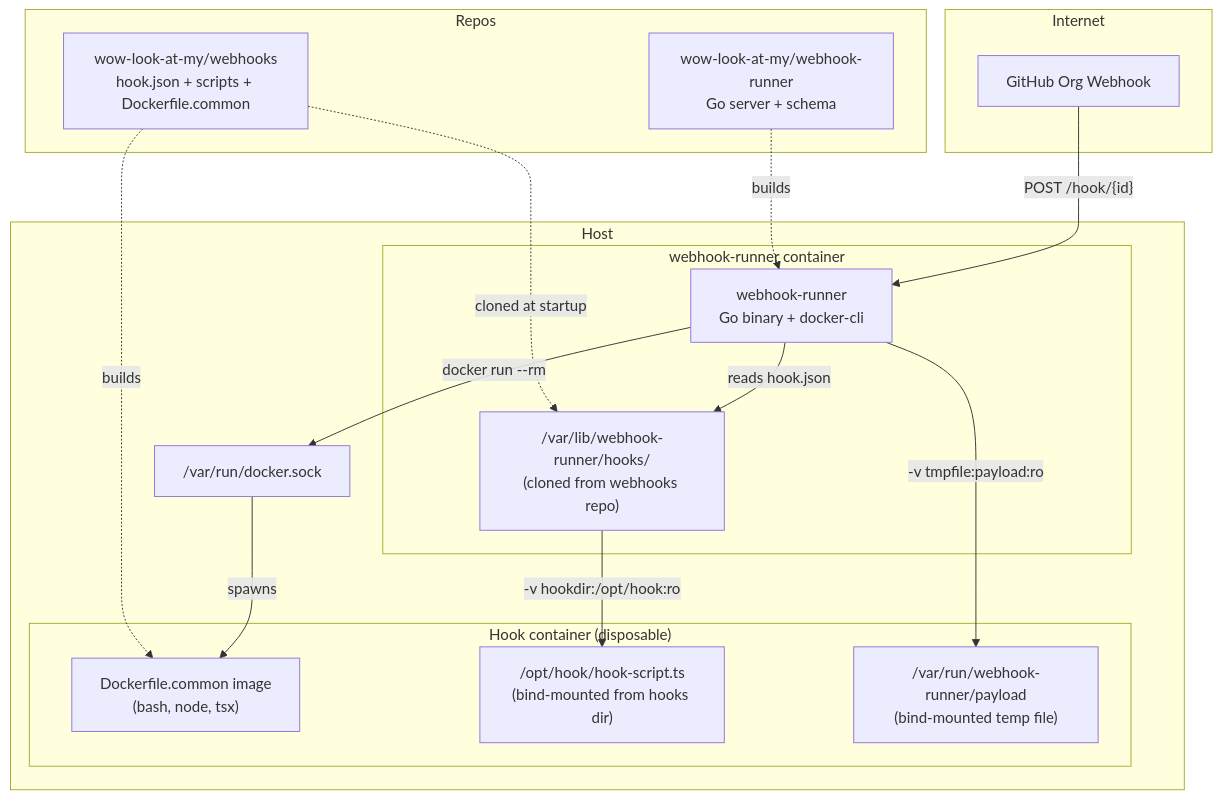
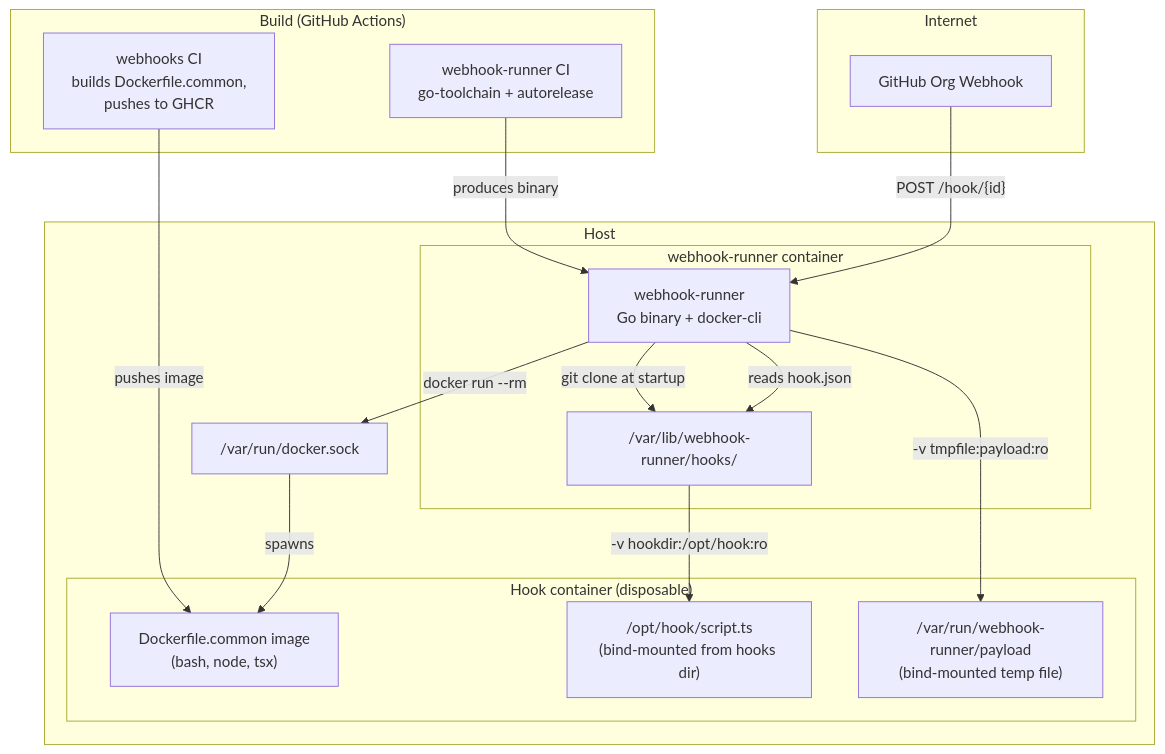
Before and after one commit to wow-look-at-my/webhook-runner: the diagram in README.md, drawn with Mermaid.

Commit message:
Make architecture diagram specific about what builds what
CI (GitHub Actions) builds the binary and the hook base image.
webhook-runner clones the hooks repo at startup. Repos are just
files on disk -- they don't build anything.

https://claude.ai/code/session_014qhYqMCUske6p3XTUPjv24

````diff
--- a/README.md
+++ b/README.md
@@ -10,37 +10,37 @@
 ```mermaid
 graph TB
     subgraph Internet
         GH[GitHub Org Webhook]
     end
 
     subgraph Host
         subgraph "webhook-runner container"
             WR[webhook-runner<br/>Go binary + docker-cli]
-            HOOKS["/var/lib/webhook-runner/hooks/<br/>(cloned from webhooks repo)"]
+            HOOKS["/var/lib/webhook-runner/hooks/"]
         end
 
         SOCK["/var/run/docker.sock"]
 
         subgraph "Hook container (disposable)"
             IMG["Dockerfile.common image<br/>(bash, node, tsx)"]
-            SCRIPT["/opt/hook/hook-script.ts<br/>(bind-mounted from hooks dir)"]
+            SCRIPT["/opt/hook/script.ts<br/>(bind-mounted from hooks dir)"]
             PAYLOAD["/var/run/webhook-runner/payload<br/>(bind-mounted temp file)"]
         end
     end
 
     GH -->|"POST /hook/{id}"| WR
-    WR -->|"reads hook.json"| HOOKS
+    WR -->|reads hook.json| HOOKS
     WR -->|"docker run --rm"| SOCK
     SOCK -->|spawns| IMG
     HOOKS -->|"-v hookdir:/opt/hook:ro"| SCRIPT
     WR -->|"-v tmpfile:payload:ro"| PAYLOAD
 
-    subgraph "Repos"
-        WR_REPO["wow-look-at-my/webhook-runner<br/>Go server + schema"]
-        HOOKS_REPO["wow-look-at-my/webhooks<br/>hook.json + scripts + Dockerfile.common"]
+    subgraph "Build (GitHub Actions)"
+        WR_CI["webhook-runner CI<br/>go-toolchain + autorelease"]
+        HOOKS_CI["webhooks CI<br/>builds Dockerfile.common,<br/>pushes to GHCR"]
     end
 
-    WR_REPO -.->|builds| WR
-    HOOKS_REPO -.->|cloned at startup| HOOKS
-    HOOKS_REPO -.->|builds| IMG
+    WR_CI -->|produces binary| WR
+    HOOKS_CI -->|pushes image| IMG
+    WR -->|"git clone at startup"| HOOKS
 ```
````
